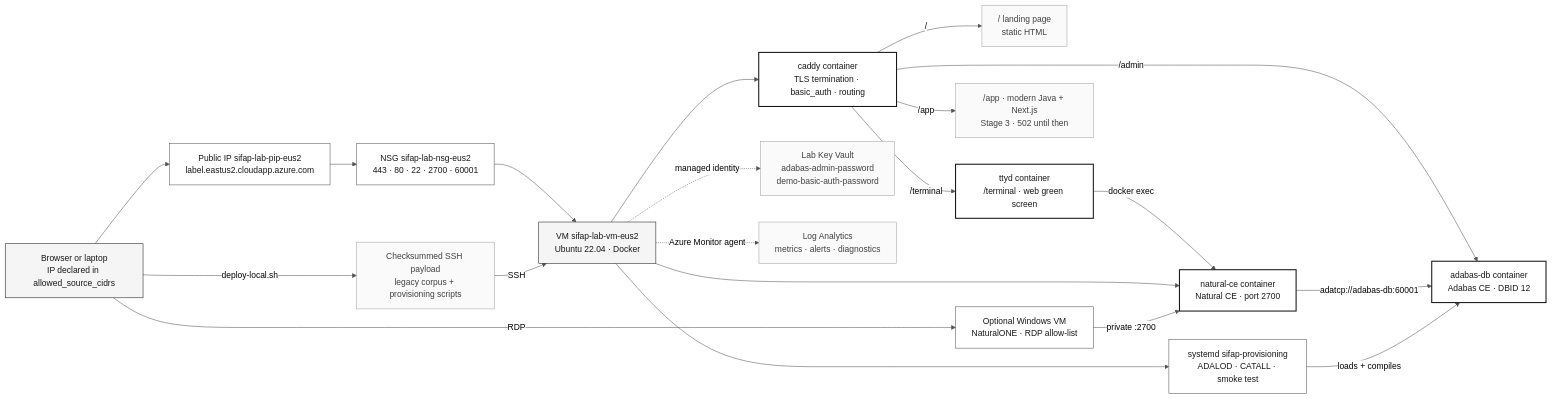
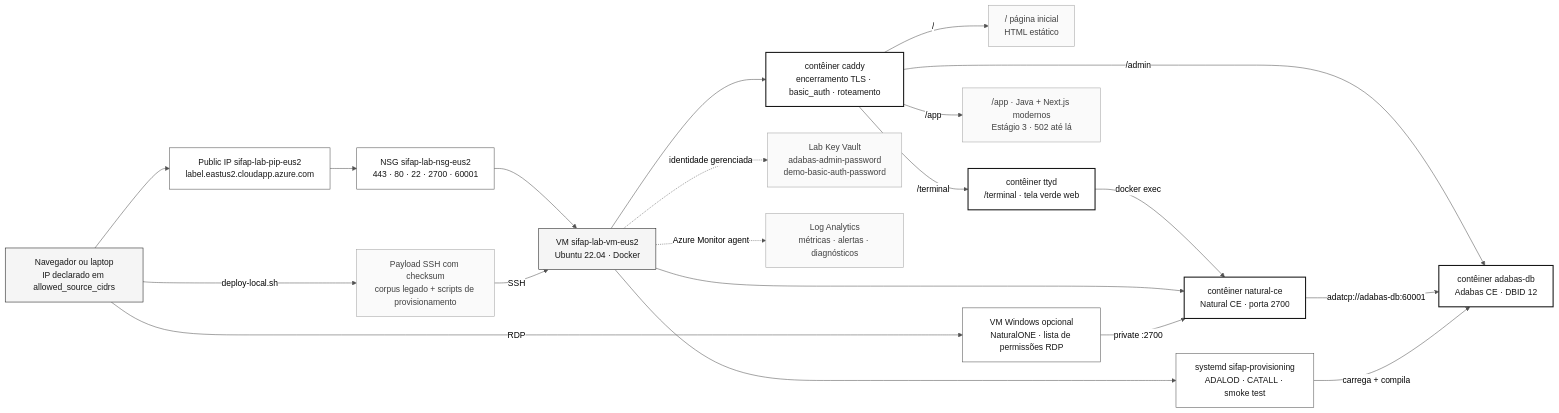
One commit to workshop-gbb/datacorp-sifap-legacy changed the diagram in infra/adabas-natural-lab/README.md. Above: the diagram before and after it, drawn with Mermaid. The commit also changed other lines of this file and 11 other files, not shown here.

````diff
--- a/infra/adabas-natural-lab/README.md
+++ b/infra/adabas-natural-lab/README.md
@@ -68,40 +68,40 @@
 ```mermaid
 %%{init: {'theme':'neutral','themeVariables':{'fontFamily':'ui-sans-serif, system-ui, sans-serif','primaryColor':'#F5F5F5','primaryTextColor':'#171717','primaryBorderColor':'#171717','lineColor':'#525252','secondaryColor':'#FFFFFF','tertiaryColor':'#FAFAFA','background':'#FFFFFF'}}}%%
 flowchart LR
     classDef step fill:#F5F5F5,stroke:#171717,color:#171717
     classDef alt fill:#FFFFFF,stroke:#525252,color:#171717
     classDef muted fill:#FAFAFA,stroke:#A3A3A3,color:#404040
     classDef result fill:#FFFFFF,stroke:#171717,color:#171717,stroke-width:2px
 
-    DEV["Browser or laptop<br/>IP declared in allowed_source_cidrs"]:::step
+    DEV["Navegador ou laptop<br/>IP declarado em allowed_source_cidrs"]:::step
     DNS["Public IP sifap-lab-pip-eus2<br/>label.eastus2.cloudapp.azure.com"]:::alt
     NSG["NSG sifap-lab-nsg-eus2<br/>443 · 80 · 22 · 2700 · 60001"]:::alt
-    CAD["caddy container<br/>TLS termination · basic_auth · routing"]:::result
+    CAD["contêiner caddy<br/>encerramento TLS · basic_auth · roteamento"]:::result
     VM["VM sifap-lab-vm-eus2<br/>Ubuntu 22.04 · Docker"]:::step
-    WWW["/ landing page<br/>static HTML"]:::muted
-    TTY["ttyd container<br/>/terminal · web green screen"]:::result
-    APP["/app · modern Java + Next.js<br/>Stage 3 · 502 until then"]:::muted
-    NAT["natural-ce container<br/>Natural CE · port 2700"]:::result
-    ADA["adabas-db container<br/>Adabas CE · DBID 12"]:::result
+    WWW["/ página inicial<br/>HTML estático"]:::muted
+    TTY["contêiner ttyd<br/>/terminal · tela verde web"]:::result
+    APP["/app · Java + Next.js modernos<br/>Estágio 3 · 502 até lá"]:::muted
+    NAT["contêiner natural-ce<br/>Natural CE · porta 2700"]:::result
+    ADA["contêiner adabas-db<br/>Adabas CE · DBID 12"]:::result
     KV["Lab Key Vault<br/>adabas-admin-password<br/>demo-basic-auth-password"]:::muted
-    PAYLOAD["Checksummed SSH payload<br/>legacy corpus + provisioning scripts"]:::muted
-    WS["Optional Windows VM<br/>NaturalONE · RDP allow-list"]:::alt
+    PAYLOAD["Payload SSH com checksum<br/>corpus legado + scripts de provisionamento"]:::muted
+    WS["VM Windows opcional<br/>NaturalONE · lista de permissões RDP"]:::alt
     PROV["systemd sifap-provisioning<br/>ADALOD · CATALL · smoke test"]:::alt
-    LAW["Log Analytics<br/>metrics · alerts · diagnostics"]:::muted
+    LAW["Log Analytics<br/>métricas · alertas · diagnósticos"]:::muted
 
     DEV --> DNS --> NSG --> VM
     VM --> CAD
     CAD -->|"/"| WWW
     CAD -->|"/terminal"| TTY
     CAD -->|"/app"| APP
     CAD -->|"/admin"| ADA
     TTY -->|"docker exec"| NAT
     VM --> NAT
     NAT -->|"adatcp://adabas-db:60001"| ADA
-    VM -.->|"managed identity"| KV
+    VM -.->|"identidade gerenciada"| KV
     DEV -->|"deploy-local.sh"| PAYLOAD -->|"SSH"| VM
     VM --> PROV
     DEV -->|"RDP"| WS -->|"private :2700"| NAT
-    PROV -->|"loads + compiles"| ADA
+    PROV -->|"carrega + compila"| ADA
     VM -.->|"Azure Monitor agent"| LAW
 ```
````
